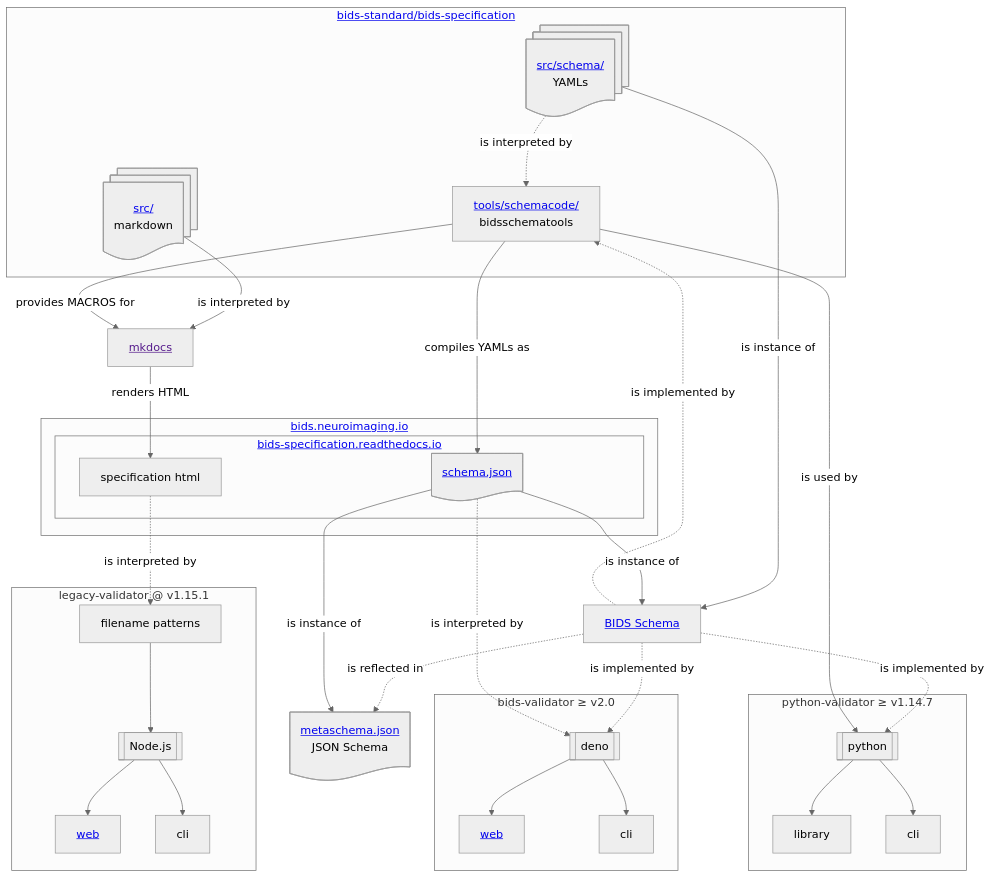
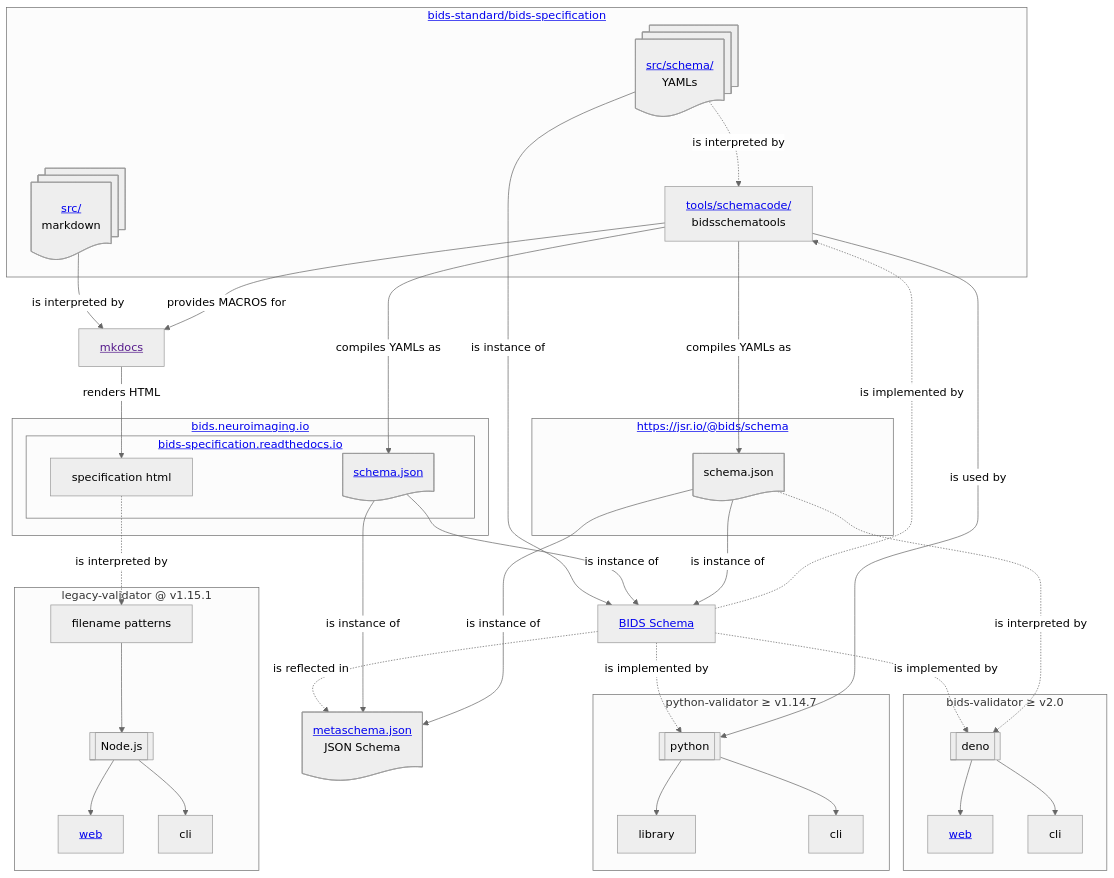
Before and after one commit to bids-standard/bids-website: the diagram in docs/standards/index.md, drawn with Mermaid (neutral theme).

Commit message:
Added 2nd copy of schema.json as shipped to npx and used by validator

````diff
--- a/docs/standards/index.md
+++ b/docs/standards/index.md
@@ -18,64 +18,68 @@
 ```mermaid
 ---
 config:
   layout: dagre
 ---
 flowchart TB
-    subgraph bids-specification-repo["<a href=https://github.com/bids-standard/bids-specification>bids-standard/bids-specification</a>"]
+ subgraph s6["<a href=https://github.com/bids-standard/bids-specification>bids-standard/bids-specification</a>"]
         markdown@{ label: "<a href='https://github.com/bids-standard/bids-specification/tree/v1.10.0/src'>src/</a><br>markdown" }
         bidsschematools@{ label: "<a href='https://github.com/bids-standard/bids-specification/tree/v1.10.0/tools/schemacode'>tools/schemacode/</a><br/>bidsschematools" }
         schema@{ label: "<a href='https://github.com/bids-standard/bids-specification/tree/v1.10.0/src/schema'>src/schema/</a><br>YAMLs" }
-    end
-    subgraph s2["<a href=https://bids-specification.readthedocs.io>bids-specification.readthedocs.io</a>"]
+  end
+ subgraph s2["<a href=https://bids-specification.readthedocs.io>bids-specification.readthedocs.io</a>"]
         specification["specification html"]
         schema.json@{ label: "<a href='https://bids-specification.readthedocs.io/en/v1.10.0/schema.json'>schema.json</a>" }
-    end
-    subgraph s5["<a href=https://bids.neuroimaging.io>bids.neuroimaging.io</a>"]
+  end
+ subgraph s_jsr["<a href=https://jsr.io/@bids/schema>https://jsr.io/@bids/schema</a>"]
+        schema.json-jsr["schema.json"]
+  end
+ subgraph s5["<a href=https://bids.neuroimaging.io>bids.neuroimaging.io</a>"]
         s2
-    end
-    subgraph subGraph5["legacy-validator @ v1.15.1"]
+  end
+ subgraph subGraph5["legacy-validator @ v1.15.1"]
         Node.js["Node.js"]
         regex["filename patterns"]
         web1@{ label: "<a href=\"https://bids-standard.github.io/legacy-validator/\">web</a>" }
         cli1["cli"]
-    end
-    subgraph subGraph6["bids-validator ≥ v2.0"]
+  end
+ subgraph subGraph6["bids-validator ≥ v2.0"]
         web@{ label: "<a href=\"https://bids-standard.github.io/bids-validator/\">web</a>" }
         deno["deno"]
         cli["cli"]
-    end
-    subgraph subGraph7["python-validator ≥ v1.14.7"]
+  end
+ subgraph subGraph7["python-validator ≥ v1.14.7"]
         python["python"]
         library["library"]
         cli3["cli"]
-    end
-
+  end
     schema -. is interpreted by .-> bidsschematools
     markdown -- is interpreted by --> mkdocs@{ label: "<a href=''>mkdocs</a>" }
     bidsschematools -- provides MACROS for --> mkdocs
     mkdocs -- renders HTML --> specification
-    schema -- is instance of --> bids-schema["<a href=https://bids-website.readthedocs.io/en/latest/standards/schema/index.html>BIDS Schema</a>"]
+    schema -- is instance of --> bids-schema@{ label: "<a href=\"https://bids-website.readthedocs.io/en/latest/standards/schema/index.html\">BIDS Schema</a>" }
     bids-schema -. is implemented by .-> deno & bidsschematools & python
     bids-schema -. is reflected in .-> metaschema.json@{ label: "<a href='https://github.com/bids-standard/bids-specification/blob/master/src/metaschema.json'>metaschema.json</a><br/>JSON Schema" }
     schema.json -- is instance of --> bids-schema & metaschema.json
-    bidsschematools -- compiles YAMLs as --> schema.json
+    schema.json-jsr -- is instance of --> bids-schema & metaschema.json
+    bidsschematools -- compiles YAMLs as --> schema.json & schema.json-jsr
     regex --> Node.js
     Node.js --> web1 & cli1
     deno --> web & cli
     python --> library & cli3
     specification -. is interpreted by .-> regex
-    schema.json -. is interpreted by .-> deno
+    schema.json-jsr -. is interpreted by .-> deno
     bidsschematools -- is used by --> python
-
     markdown@{ shape: docs}
+    bidsschematools@{ shape: proc}
     schema@{ shape: docs}
-    bidsschematools@{ shape: proc}
-    mkdocs@{ shape: proc}
-    deno@{ shape: subproc}
-    metaschema.json@{ shape: doc}
     schema.json@{ shape: doc}
+    schema.json-jsr@{ shape: doc}
     Node.js@{ shape: subproc}
     web1@{ shape: rect}
     web@{ shape: rect}
+    deno@{ shape: subproc}
     python@{ shape: subproc}
+    mkdocs@{ shape: proc}
+    bids-schema@{ shape: rect}
+    metaschema.json@{ shape: doc}
 ```
````
